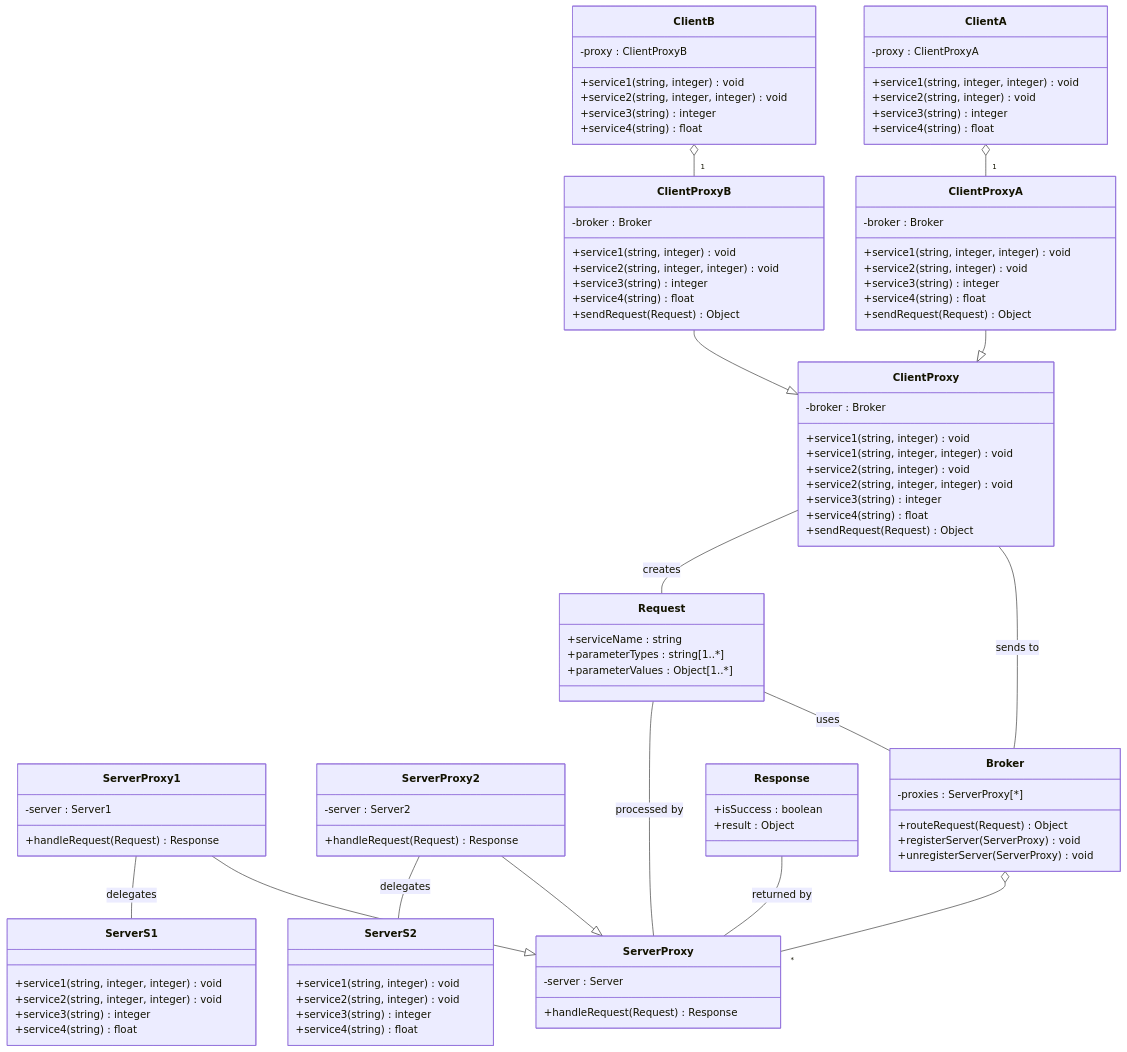
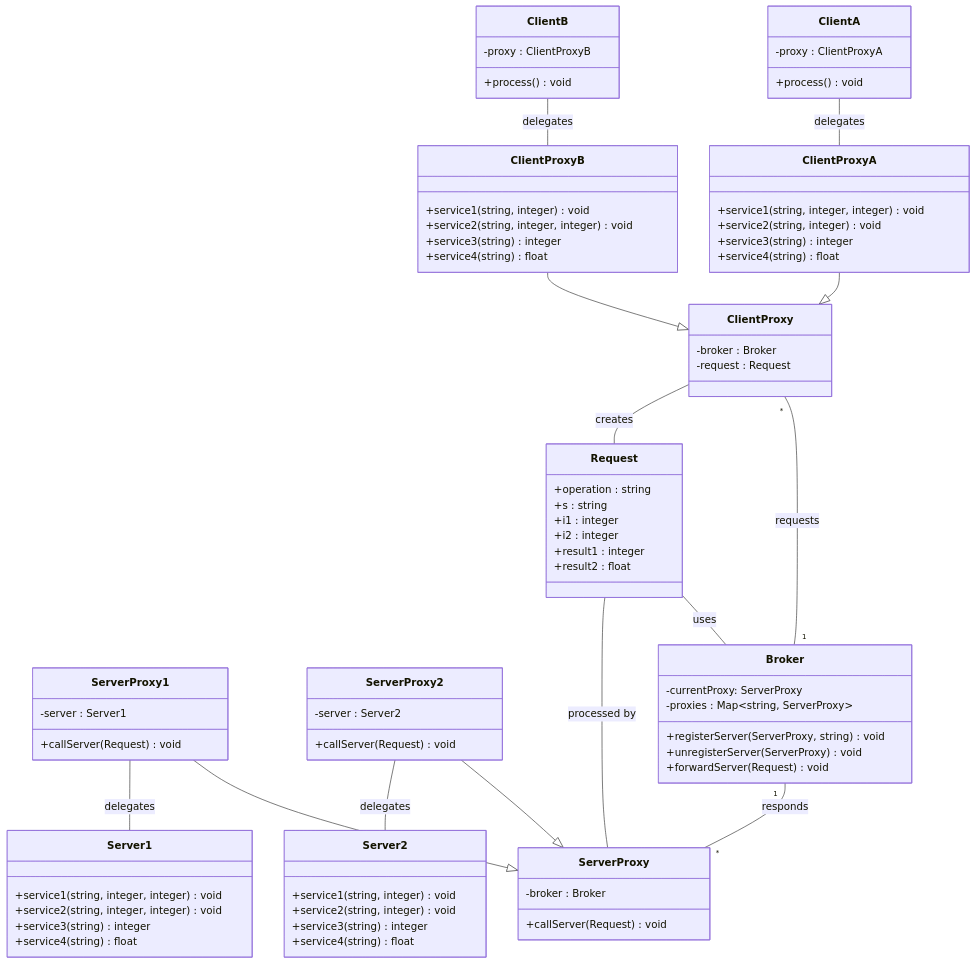
Before and after one commit to hanggrian/IIT-CS586: the diagram in assignments/hw2/diagram1_1.mmd, drawn with Mermaid. The commit also changed 13 other files, not shown here.

```diff
--- a/assignments/hw2/diagram1_1.mmd
+++ b/assignments/hw2/diagram1_1.mmd
@@ -1,97 +1,80 @@
 classDiagram
   direction TB
-  class ServerS1 {
+  class Server1 {
     +service1(string, integer, integer) void
     +service2(string, integer, integer) void
     +service3(string) integer
     +service4(string) float
   }
-  class ServerS2 {
+  class Server2 {
     +service1(string, integer) void
     +service2(string, integer) void
     +service3(string) integer
     +service4(string) float
   }
   class ServerProxy {
-    -server : Server
-    +handleRequest(Request) Response
+    -broker : Broker
+    +callServer(Request) void
   }
   class ServerProxy1 {
     -server : Server1
-    +handleRequest(Request) Response
+    +callServer(Request) void
   }
   class ServerProxy2 {
     -server : Server2
-    +handleRequest(Request) Response
+    +callServer(Request) void
   }
   ServerProxy1 --|> ServerProxy
   ServerProxy2 --|> ServerProxy
-  ServerProxy1 -- ServerS1 : delegates
-  ServerProxy2 -- ServerS2 : delegates
+  ServerProxy1 -- Server1 : delegates
+  ServerProxy2 -- Server2 : delegates
 
   class ClientA {
     -proxy : ClientProxyA
+    +process() void
+  }
+  class ClientB {
+    -proxy : ClientProxyB
+    +process() void
+  }
+  class ClientProxy {
+    -broker : Broker
+    -request : Request
+  }
+  class ClientProxyA {
     +service1(string, integer, integer) void
     +service2(string, integer) void
     +service3(string) integer
     +service4(string) float
   }
-  class ClientB {
-    -proxy : ClientProxyB
+  class ClientProxyB {
     +service1(string, integer) void
     +service2(string, integer, integer) void
     +service3(string) integer
     +service4(string) float
   }
-  class ClientProxy {
-    -broker : Broker
-    +service1(string, integer) void
-    +service1(string, integer, integer) void
-    +service2(string, integer) void
-    +service2(string, integer, integer) void
-    +service3(string) integer
-    +service4(string) float
-    +sendRequest(Request) Object
-  }
-  class ClientProxyA {
-    -broker : Broker
-    +service1(string, integer, integer) void
-    +service2(string, integer) void
-    +service3(string) integer
-    +service4(string) float
-    +sendRequest(Request) Object
-  }
-  class ClientProxyB {
-    -broker : Broker
-    +service1(string, integer) void
-    +service2(string, integer, integer) void
-    +service3(string) integer
-    +service4(string) float
-    +sendRequest(Request) Object
-  }
   ClientProxyA --|> ClientProxy
   ClientProxyB --|> ClientProxy
-  ClientA o-- "1" ClientProxyA
-  ClientB o-- "1" ClientProxyB
+  ClientA -- ClientProxyA : delegates
+  ClientB -- ClientProxyB : delegates
 
   class Broker {
-    -proxies : ServerProxy[*]
-    +routeRequest(Request) Object
-    +registerServer(ServerProxy) void
+    -currentProxy: ServerProxy
+    -proxies : Map~string, ServerProxy~
+    +registerServer(ServerProxy, string) void
     +unregisterServer(ServerProxy) void
+    +forwardServer(Request) void
   }
   class Request {
-    +serviceName : string
-    +parameterTypes : string[1..*]
-    +parameterValues : Object[1..*]
+    +operation : string
+    +s : string
+    +i1 : integer
+    +i2 : integer
+    +result1 : integer
+    +result2 : float
   }
-  class Response {
-    +isSuccess : boolean
-    +result : Object
-  }
-  Broker o-- "*" ServerProxy
-  ClientProxy -- Broker : sends to
+  Broker "1" -- "*" ServerProxy : responds
+  ClientProxy "*" -- "1" Broker : requests
   Request -- Broker : uses
   Request -- ServerProxy : processed by
-  Response -- ServerProxy : returned by
   ClientProxy -- Request : creates
```
